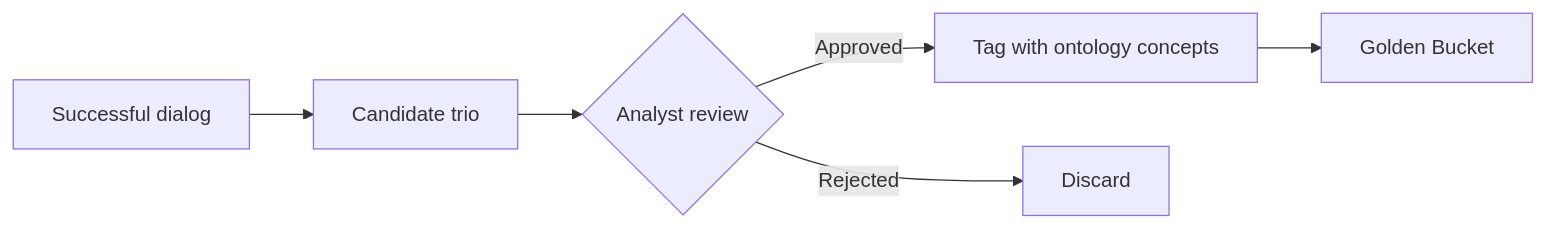
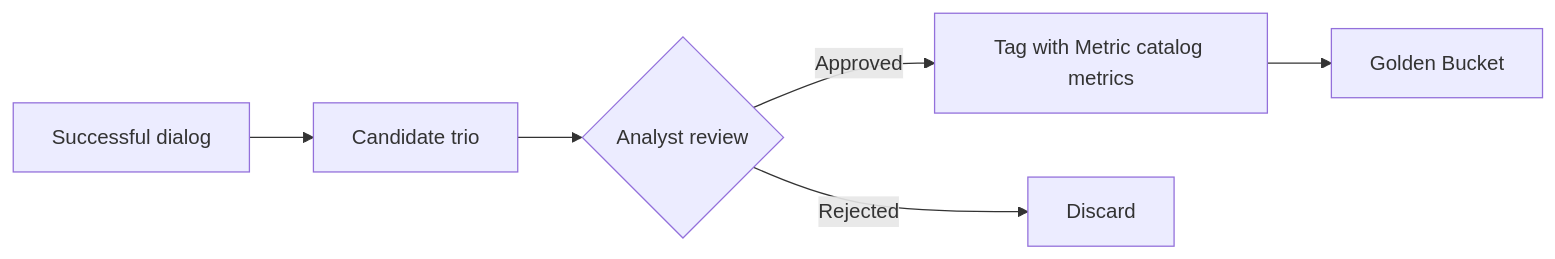
The fifth of 5 diagrams in docs/design-principles.md (modvala/data-chat-assistant), drawn with Mermaid before and after one commit. The commit also changed other lines of this file and 5 other files, not shown here.

First line of the commit message:
Rename semantic layer to Metric catalog and add Metric variants

````diff
--- a/docs/design-principles.md
+++ b/docs/design-principles.md
@@ -159,8 +159,8 @@
 ```mermaid
 flowchart LR
     D[Successful dialog] --> C[Candidate trio]
     C --> R{Analyst review}
-    R -->|Approved| T[Tag with ontology concepts]
+    R -->|Approved| T[Tag with Metric catalog metrics]
     T --> GB[Golden Bucket]
     R -->|Rejected| X[Discard]
 ```
````
